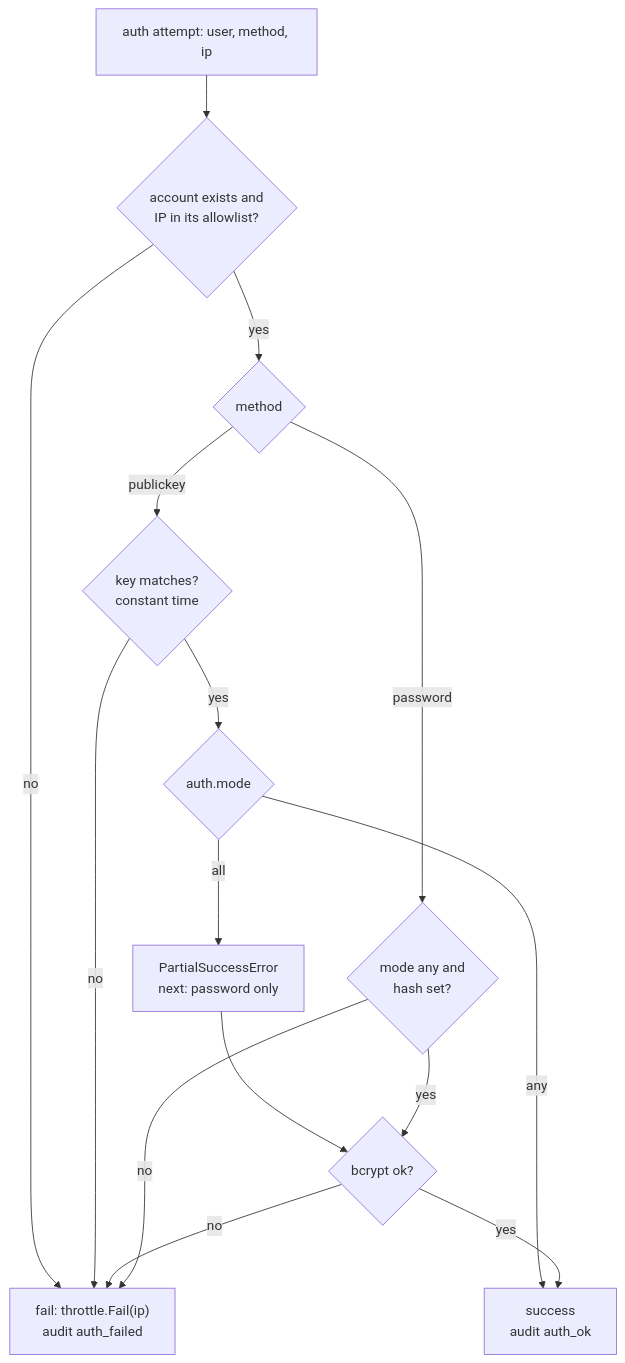
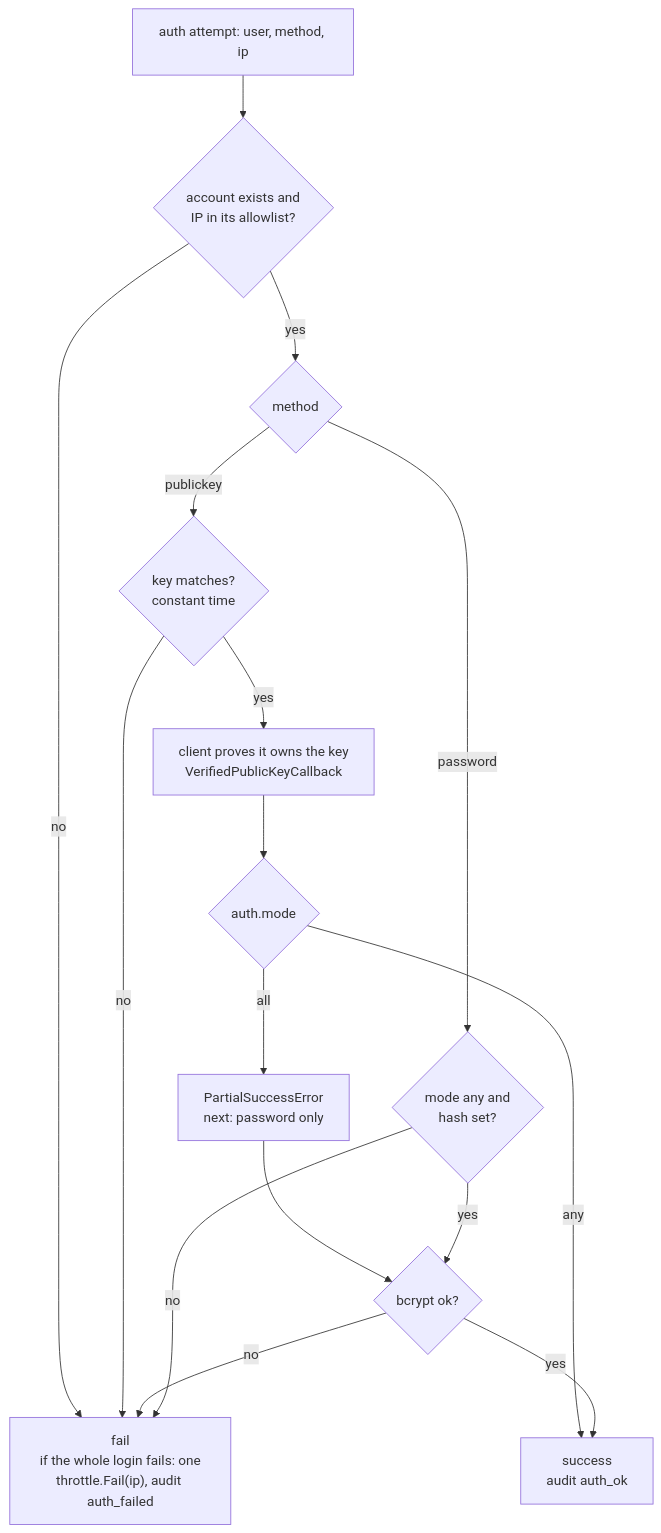
Before and after one commit to shashankpatil-dev/sftpgate: the fifth of 16 diagrams in docs/LLD.md, drawn with Mermaid. The commit also changed other lines of this file and 6 other files, not shown here.

````diff
--- a/docs/LLD.md
+++ b/docs/LLD.md
@@ -394,17 +399,18 @@
 ```mermaid
 flowchart TD
   S["auth attempt: user, method, ip"] --> A{"account exists and<br/>IP in its allowlist?"}
-  A -->|no| F["fail: throttle.Fail(ip)<br/>audit auth_failed"]
+  A -->|no| F["fail<br/>if the whole login fails: one<br/>throttle.Fail(ip), audit auth_failed"]
   A -->|yes| M{"method"}
   M -->|publickey| K{"key matches?<br/>constant time"}
   K -->|no| F
-  K -->|yes| MD{"auth.mode"}
+  K -->|yes| V["client proves it owns the key<br/>VerifiedPublicKeyCallback"]
+  V --> MD{"auth.mode"}
   MD -->|any| OK["success<br/>audit auth_ok"]
   MD -->|all| P["PartialSuccessError<br/>next: password only"]
   P --> PW{"bcrypt ok?"}
   PW -->|yes| OK
   PW -->|no| F
   M -->|password| MA{"mode any and<br/>hash set?"}
   MA -->|no| F
   MA -->|yes| PW
 ```
````
